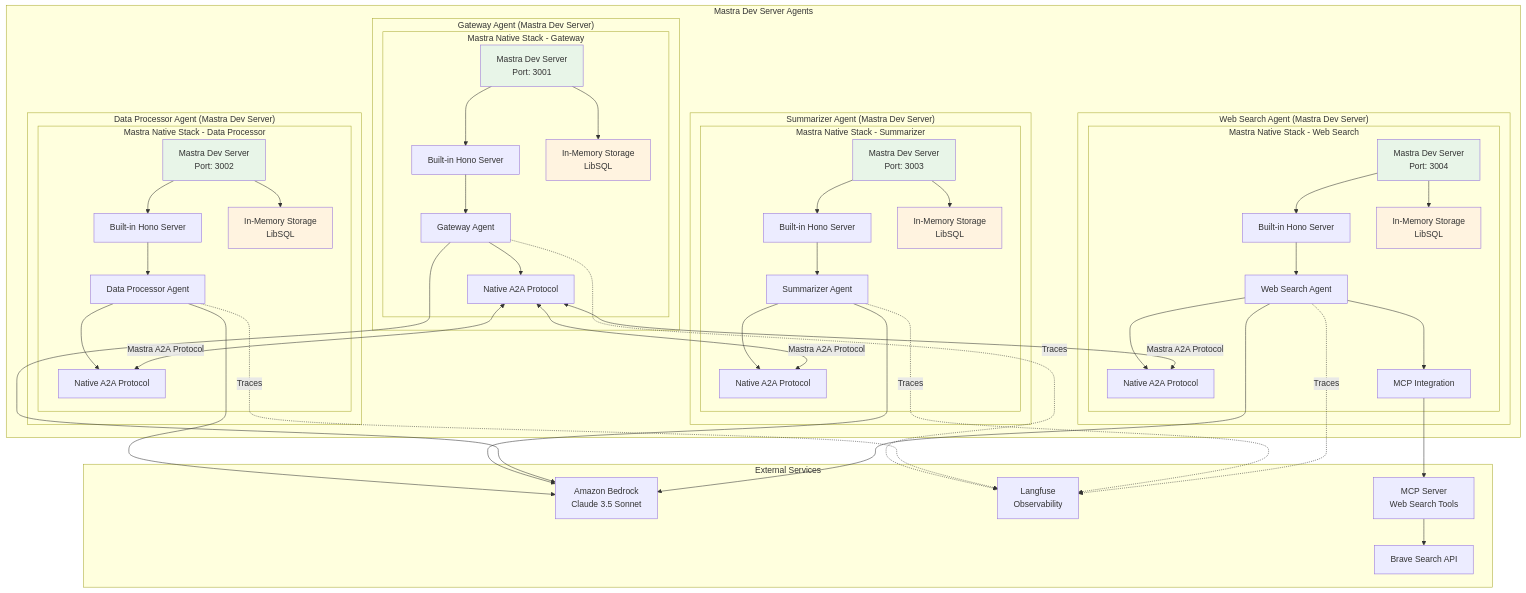
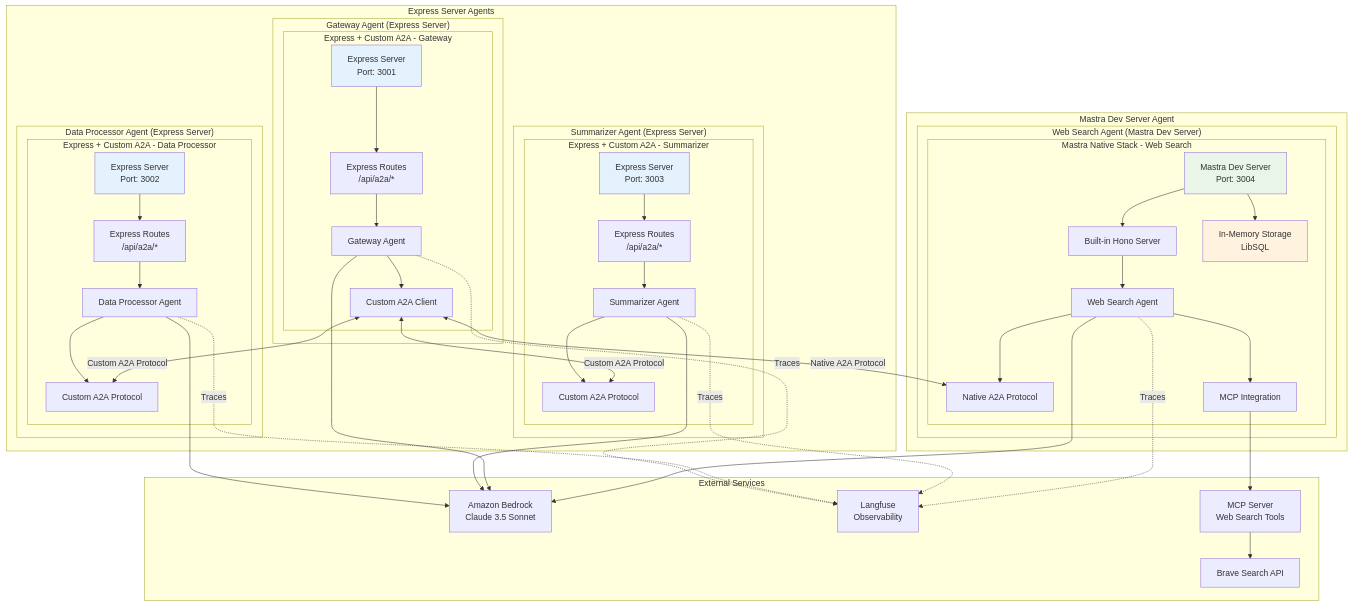
Before and after one commit to tubone24/a2a_mastra: the first of 8 diagrams in README.md, drawn with Mermaid. The commit also changed other lines of this file, not shown here.

Commit message:
📝 docs(README.md): 現在の実装をハイブリッドアーキテクチャに更新し、エージェントの役割を明確化する

````diff
--- a/README.md
+++ b/README.md
@@ -29,51 +29,47 @@
 ```mermaid
 graph TB
-    subgraph "Mastra Dev Server Agents"
-        subgraph "Gateway Agent (Mastra Dev Server)"
-            subgraph "Mastra Native Stack - Gateway"
-                GW_MASTRA_DEV[Mastra Dev Server<br/>Port: 3001]
-                GW_MASTRA_HONO[Built-in Hono Server]
+    subgraph "Express Server Agents"
+        subgraph "Gateway Agent (Express Server)"
+            subgraph "Express + Custom A2A - Gateway"
+                GW_EXPRESS[Express Server<br/>Port: 3001]
+                GW_ROUTES[Express Routes<br/>/api/a2a/*]
                 GW_MASTRA_AGENT[Gateway Agent]
-                GW_MASTRA_A2A[Native A2A Protocol]
-                GW_MASTRA_STORAGE[In-Memory Storage<br/>LibSQL]
+                GW_CUSTOM_A2A[Custom A2A Client]
             end
             
-            GW_MASTRA_DEV --> GW_MASTRA_HONO
-            GW_MASTRA_HONO --> GW_MASTRA_AGENT
-            GW_MASTRA_AGENT --> GW_MASTRA_A2A
-            GW_MASTRA_DEV --> GW_MASTRA_STORAGE
+            GW_EXPRESS --> GW_ROUTES
+            GW_ROUTES --> GW_MASTRA_AGENT
+            GW_MASTRA_AGENT --> GW_CUSTOM_A2A
         end
         
-        subgraph "Data Processor Agent (Mastra Dev Server)"
-            subgraph "Mastra Native Stack - Data Processor"
-                DP_MASTRA_DEV[Mastra Dev Server<br/>Port: 3002]
-                DP_MASTRA_HONO[Built-in Hono Server]
-                DP_MASTRA_AGENT[Data Processor Agent]
-                DP_MASTRA_A2A[Native A2A Protocol]
-                DP_MASTRA_STORAGE[In-Memory Storage<br/>LibSQL]
+        subgraph "Data Processor Agent (Express Server)"
+            subgraph "Express + Custom A2A - Data Processor"
+                DP_EXPRESS[Express Server<br/>Port: 3002]
+                DP_ROUTES[Express Routes<br/>/api/a2a/*]
+                DP_AGENT[Data Processor Agent]
+                DP_CUSTOM_A2A[Custom A2A Protocol]
             end
             
-            DP_MASTRA_DEV --> DP_MASTRA_HONO
-            DP_MASTRA_HONO --> DP_MASTRA_AGENT
-            DP_MASTRA_AGENT --> DP_MASTRA_A2A
-            DP_MASTRA_DEV --> DP_MASTRA_STORAGE
+            DP_EXPRESS --> DP_ROUTES
+            DP_ROUTES --> DP_AGENT
+            DP_AGENT --> DP_CUSTOM_A2A
         end
         
-        subgraph "Summarizer Agent (Mastra Dev Server)"
-            subgraph "Mastra Native Stack - Summarizer"
-                SM_MASTRA_DEV[Mastra Dev Server<br/>Port: 3003]
-                SM_MASTRA_HONO[Built-in Hono Server]
-                SM_MASTRA_AGENT[Summarizer Agent]
-                SM_MASTRA_A2A[Native A2A Protocol]
-                SM_MASTRA_STORAGE[In-Memory Storage<br/>LibSQL]
+        subgraph "Summarizer Agent (Express Server)"
+            subgraph "Express + Custom A2A - Summarizer"
+                SM_EXPRESS[Express Server<br/>Port: 3003]
+                SM_ROUTES[Express Routes<br/>/api/a2a/*]
+                SM_AGENT[Summarizer Agent]
+                SM_CUSTOM_A2A[Custom A2A Protocol]
             end
             
-            SM_MASTRA_DEV --> SM_MASTRA_HONO
-            SM_MASTRA_HONO --> SM_MASTRA_AGENT
-            SM_MASTRA_AGENT --> SM_MASTRA_A2A
-            SM_MASTRA_DEV --> SM_MASTRA_STORAGE
+            SM_EXPRESS --> SM_ROUTES
+            SM_ROUTES --> SM_AGENT
+            SM_AGENT --> SM_CUSTOM_A2A
         end
-        
+    end
+    
+    subgraph "Mastra Dev Server Agent"
         subgraph "Web Search Agent (Mastra Dev Server)"
             subgraph "Mastra Native Stack - Web Search"
                 WS_MASTRA_DEV[Mastra Dev Server<br/>Port: 3004]
@@ -99,28 +95,25 @@
         MCP[MCP Server<br/>Web Search Tools]
     end
     
-    GW_MASTRA_A2A <-->|Mastra A2A Protocol| DP_MASTRA_A2A
-    GW_MASTRA_A2A <-->|Mastra A2A Protocol| SM_MASTRA_A2A
-    GW_MASTRA_A2A <-->|Mastra A2A Protocol| WS_MASTRA_A2A
+    GW_CUSTOM_A2A <-->|Custom A2A Protocol| DP_CUSTOM_A2A
+    GW_CUSTOM_A2A <-->|Custom A2A Protocol| SM_CUSTOM_A2A
+    GW_CUSTOM_A2A <-->|Native A2A Protocol| WS_MASTRA_A2A
     
-    DP_MASTRA_AGENT --> BEDROCK
-    SM_MASTRA_AGENT --> BEDROCK
+    DP_AGENT --> BEDROCK
+    SM_AGENT --> BEDROCK
     GW_MASTRA_AGENT --> BEDROCK
     WS_MASTRA_AGENT --> BEDROCK
     WS_MCP_INTEGRATION --> MCP
     MCP --> BRAVE
     
     GW_MASTRA_AGENT -.->|Traces| LANGFUSE
-    DP_MASTRA_AGENT -.->|Traces| LANGFUSE
-    SM_MASTRA_AGENT -.->|Traces| LANGFUSE
+    DP_AGENT -.->|Traces| LANGFUSE
+    SM_AGENT -.->|Traces| LANGFUSE
     WS_MASTRA_AGENT -.->|Traces| LANGFUSE
     
-    style GW_MASTRA_DEV fill:#e8f5e8
-    style DP_MASTRA_DEV fill:#e8f5e8
-    style SM_MASTRA_DEV fill:#e8f5e8
+    style GW_EXPRESS fill:#e3f2fd
+    style DP_EXPRESS fill:#e3f2fd
+    style SM_EXPRESS fill:#e3f2fd
     style WS_MASTRA_DEV fill:#e8f5e8
-    style GW_MASTRA_STORAGE fill:#fff3e0
-    style DP_MASTRA_STORAGE fill:#fff3e0
-    style SM_MASTRA_STORAGE fill:#fff3e0
     style WS_MASTRA_STORAGE fill:#fff3e0
 ```
````
